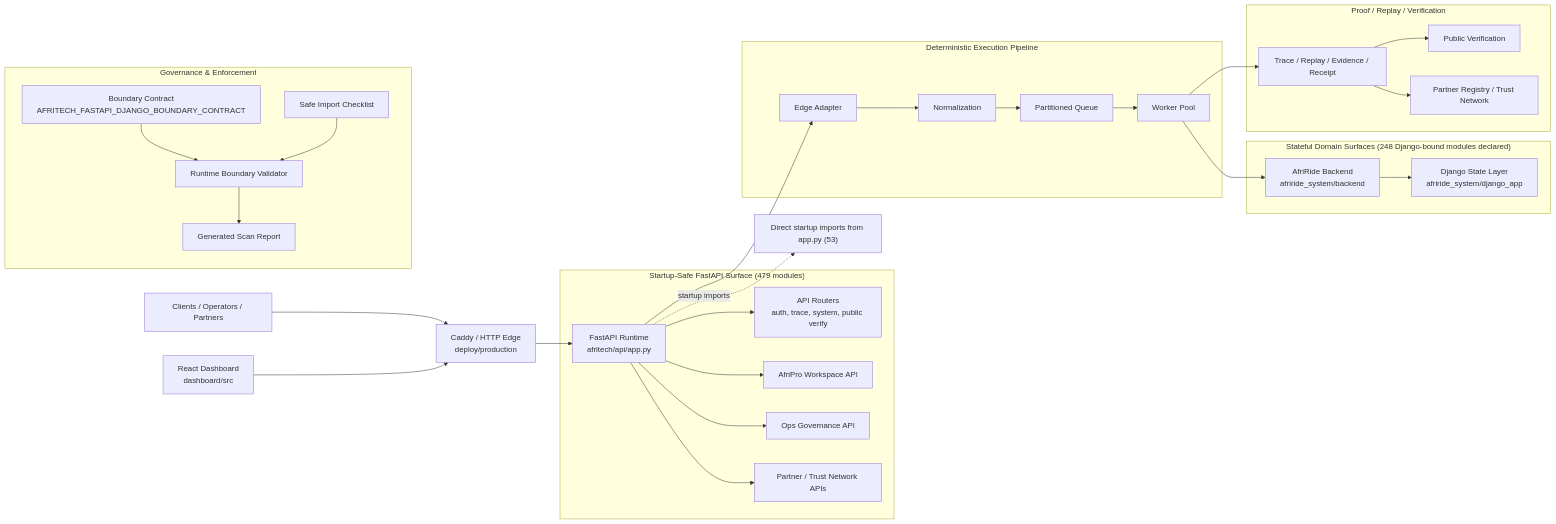
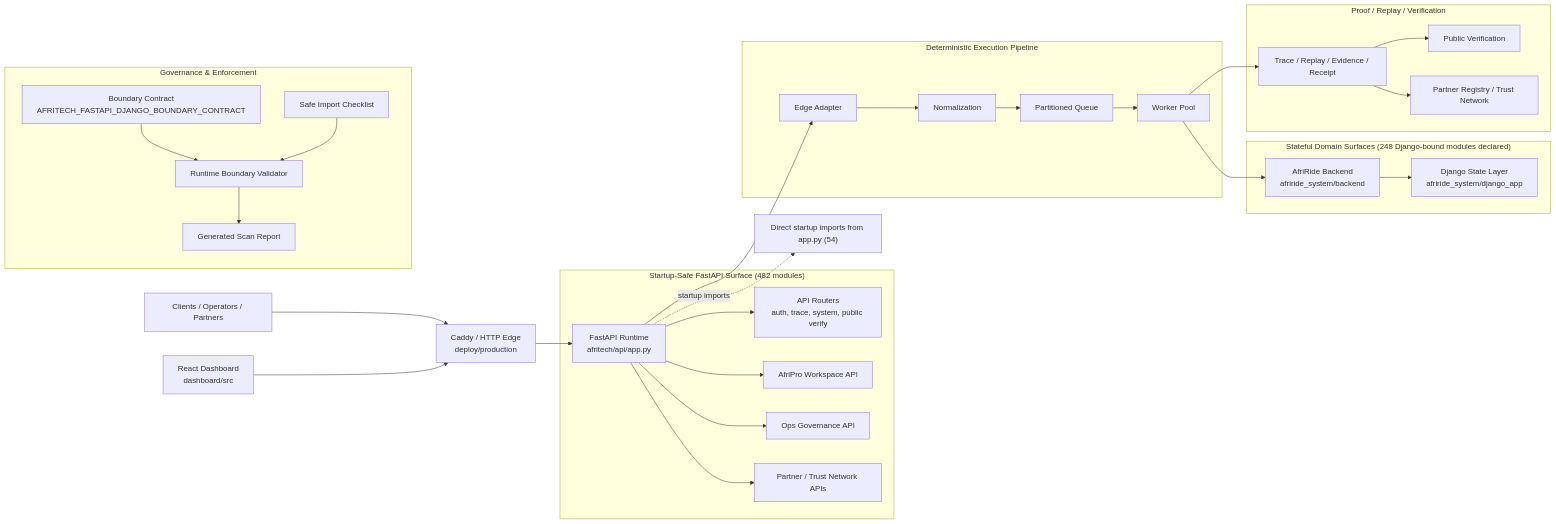
Before and after one commit to Strelly2023/afritelematics: the first of 2 diagrams in docs/architecture/AFRITECH_FULL_ARCHITECTURE_GRAPH.md, drawn with Mermaid. The commit also changed other lines of this file and 6 other files, not shown here.

````diff
--- a/docs/architecture/AFRITECH_FULL_ARCHITECTURE_GRAPH.md
+++ b/docs/architecture/AFRITECH_FULL_ARCHITECTURE_GRAPH.md
@@ -22,39 +22,39 @@
 ```mermaid
 flowchart LR
     Client["Clients / Operators / Partners"] --> Edge["Caddy / HTTP Edge\ndeploy/production"]
     Dashboard["React Dashboard\ndashboard/src"] --> Edge
     Edge --> App["FastAPI Runtime\nafritech/api/app.py"]
 
-    subgraph FastAPI["Startup-Safe FastAPI Surface (479 modules)"]
+    subgraph FastAPI["Startup-Safe FastAPI Surface (482 modules)"]
         App --> Api["API Routers\nauth, trace, system, public verify"]
         App --> Workspace["AfriPro Workspace API"]
         App --> Governance["Ops Governance API"]
         App --> Trust["Partner / Trust Network APIs"]
     end
 
     subgraph Pipeline["Deterministic Execution Pipeline"]
         App --> Adapt["Edge Adapter"]
         Adapt --> Normalize["Normalization"]
         Normalize --> Queue["Partitioned Queue"]
         Queue --> Worker["Worker Pool"]
     end
 
     subgraph State["Stateful Domain Surfaces (248 Django-bound modules declared)"]
         Worker --> Domain["AfriRide Backend\nafriride_system/backend"]
         Domain --> Django["Django State Layer\nafriride_system/django_app"]
     end
 
     subgraph Proof["Proof / Replay / Verification"]
         Worker --> Trace["Trace / Replay / Evidence / Receipt"]
         Trace --> Public["Public Verification"]
         Trace --> Registry["Partner Registry / Trust Network"]
     end
 
     subgraph GovernancePlane["Governance & Enforcement"]
         Contract["Boundary Contract\nAFRITECH_FASTAPI_DJANGO_BOUNDARY_CONTRACT"] --> Validator["Runtime Boundary Validator"]
         Checklist["Safe Import Checklist"] --> Validator
         Validator --> Review["Generated Scan Report"]
     end
 
-    App -. startup imports .-> Imports["Direct startup imports from app.py (53)"]
+    App -. startup imports .-> Imports["Direct startup imports from app.py (54)"]
 ```
````
